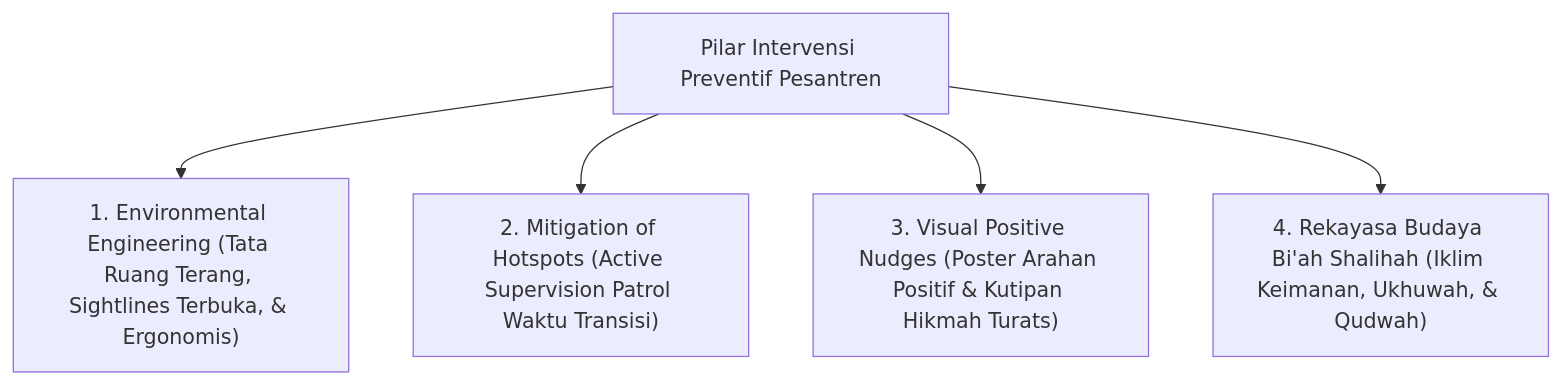
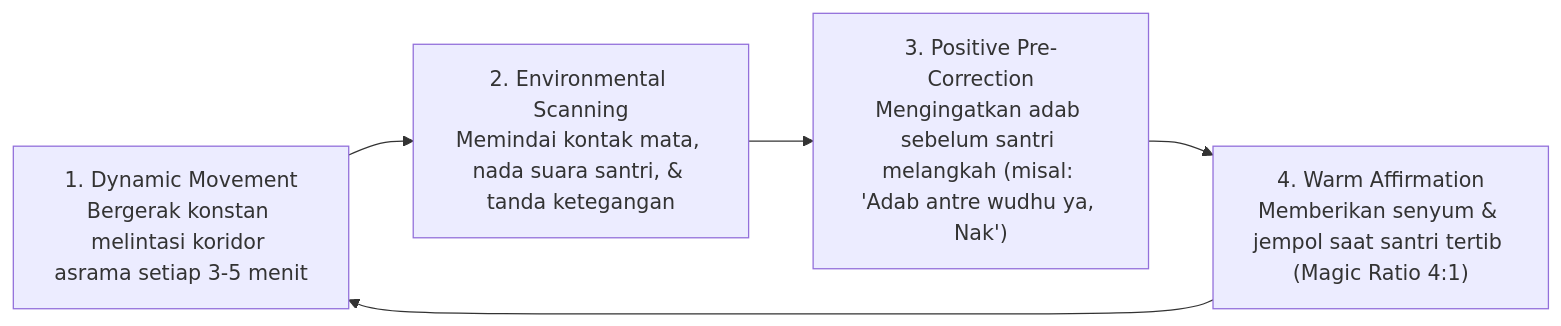
The diagram in .agents/skills/pakar-intervensi-preventif/SKILL.md (wandiapriliyandi/tumbuh), drawn with Mermaid before and after one commit. The commit also changed other lines of this file and 22 other files, not shown here.

````diff
--- a/.agents/skills/pakar-intervensi-preventif/SKILL.md
+++ b/.agents/skills/pakar-intervensi-preventif/SKILL.md
@@ -17,8 +54,7 @@
 ```mermaid
-graph TD
-    PreventiveModel["Pilar Intervensi Preventif Pesantren"]
-    PreventiveModel --> EnvEng["1. Environmental Engineering (Tata Ruang Terang, Sightlines Terbuka, & Ergonomis)"]
-    PreventiveModel --> Hotspots["2. Mitigation of Hotspots (Active Supervision Patrol Waktu Transisi)"]
-    PreventiveModel --> Nudges["3. Visual Positive Nudges (Poster Arahan Positif & Kutipan Hikmah Turats)"]
-    PreventiveModel --> BiAhShalihah["4. Rekayasa Budaya Bi'ah Shalihah (Iklim Keimanan, Ukhuwah, & Qudwah)"]
+flowchart LR
+    M1["1. Dynamic Movement<br/>Bergerak konstan melintasi koridor asrama setiap 3-5 menit"] --> M2["2. Environmental Scanning<br/>Memindai kontak mata, nada suara santri, & tanda ketegangan"]
+    M2 --> M3["3. Positive Pre-Correction<br/>Mengingatkan adab sebelum santri melangkah (misal: 'Adab antre wudhu ya, Nak')"]
+    M3 --> M4["4. Warm Affirmation<br/>Memberikan senyum & jempol saat santri tertib (Magic Ratio 4:1)"]
+    M4 --> M1
 ```
````
